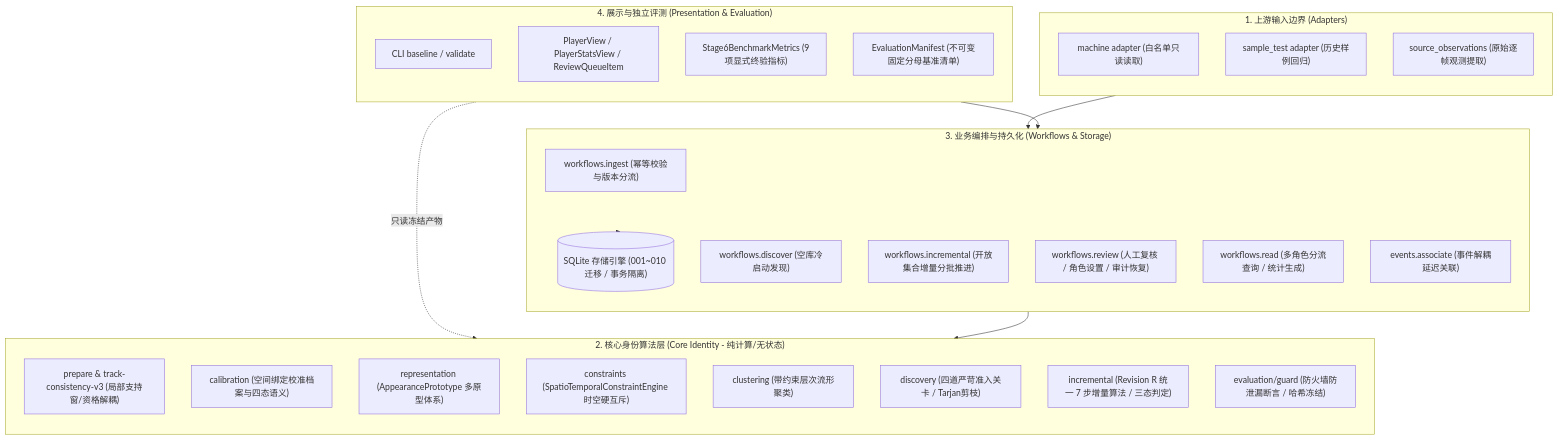
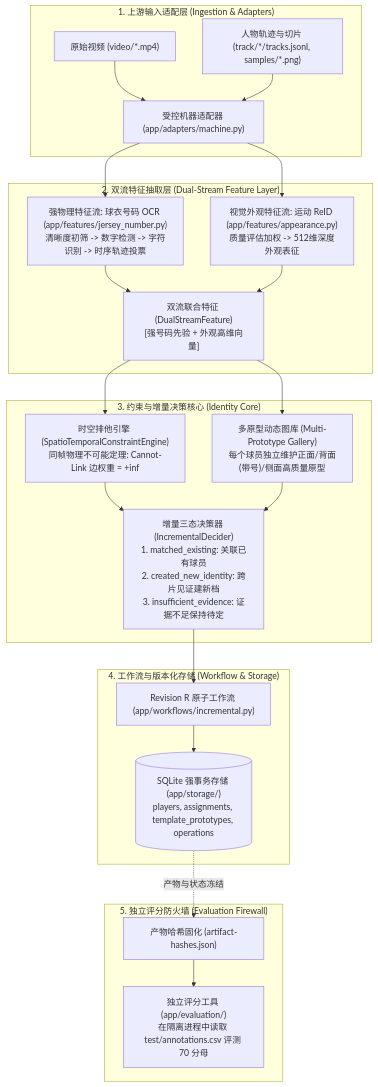
One commit to zi8675793-tech/player-library changed the diagram in docs/architecture.md. Above: the diagram before and after it, drawn with Mermaid. The commit also changed other lines of this file and 17 other files, not shown here.

Commit message:
docs: consolidate guides, add evaluation harness and data preparation

````diff
--- a/docs/architecture.md
+++ b/docs/architecture.md
@@ -29,46 +9,33 @@
 ```mermaid
 flowchart TD
-    subgraph Layer1["1. 上游输入边界 (Adapters)"]
-        direction TB
-        M_IN["machine adapter (白名单只读读取)"]
-        S_IN["sample_test adapter (历史样例回归)"]
-        SO["source_observations (原始逐帧观测提取)"]
+    subgraph L1["1. 上游输入适配层 (Ingestion & Adapters)"]
+        V_IN["原始视频 (video/*.mp4)"] 
+        T_IN["人物轨迹与切片 (track/*/tracks.jsonl, samples/*.png)"]
+        ADAPT["受控机器适配器 (app/adapters/machine.py)"]
+        V_IN --> ADAPT
+        T_IN --> ADAPT
     end
 
-    subgraph Layer2["2. 核心身份算法层 (Core Identity - 纯计算/无状态)"]
-        direction TB
-        PREP["prepare & track-consistency-v3 (局部支持窗/资格解耦)"]
-        CALIB["calibration (空间绑定校准档案与四态语义)"]
-        PROTO["representation (AppearancePrototype 多原型体系)"]
-        STCE["constraints (SpatioTemporalConstraintEngine 时空硬互斥)"]
-        CLUST["clustering (带约束层次流形聚类)"]
-        DISC["discovery (四道严苛准入关卡 / Tarjan剪枝)"]
-        INCR_ALG["incremental (Revision R 统一 7 步增量算法 / 三态判定)"]
-        GUARD["evaluation/guard (防火墙防泄漏断言 / 哈希冻结)"]
+    subgraph L2["2. 双流特征抽取层 (Dual-Stream Feature Layer)"]
+        ADAPT --> F_OCR["强物理特征流: 球衣号码 OCR (app/features/jersey_number.py)<br>清晰度初筛 -> 数字检测 -> 字符识别 -> 时序轨迹投票"]
+        ADAPT --> F_APP["视觉外观特征流: 运动 ReID (app/features/appearance.py)<br>质量评估加权 -> 512维深度外观表征"]
+        F_OCR & F_APP --> DUAL_FEAT["双流联合特征 (DualStreamFeature)<br>[强号码先验 + 外观高维向量]"]
     end
 
-    subgraph Layer3["3. 业务编排与持久化 (Workflows & Storage)"]
-        direction TB
-        WF_INGEST["workflows.ingest (幂等校验与版本分流)"]
-        WF_DISC["workflows.discover (空库冷启动发现)"]
-        WF_INCR["workflows.incremental (开放集合增量分批推进)"]
-        WF_REV["workflows.review (人工复核 / 角色设置 / 审计恢复)"]
-        WF_READ["workflows.read (多角色分流查询 / 统计生成)"]
-        SQLITE[("SQLite 存储引擎 (001~010 迁移 / 事务隔离)")]
-        EV_ASSOC["events.associate (事件解耦延迟关联)"]
+    subgraph L3["3. 约束与增量决策核心 (Identity Core)"]
+        DUAL_FEAT --> STCE["时空排他引擎 (SpatioTemporalConstraintEngine)<br>同帧物理不可能定理: Cannot-Link 边权重 = +inf"]
+        DUAL_FEAT --> PROTO["多原型动态图库 (Multi-Prototype Gallery)<br>每个球员独立维护正面/背面(带号)/侧面高质量原型"]
+        
+        STCE & PROTO --> DECIDER["增量三态决策器 (IncrementalDecider)<br>1. matched_existing: 关联已有球员<br>2. created_new_identity: 跨片见证建新档<br>3. insufficient_evidence: 证据不足保持待定"]
     end
 
-    subgraph Layer4["4. 展示与独立评测 (Presentation & Evaluation)"]
-        direction TB
-        CLI["CLI baseline / validate"]
-        VIEWS["PlayerView / PlayerStatsView / ReviewQueueItem"]
-        BENCH["Stage6BenchmarkMetrics (9项显式终验指标)"]
-        MANIFEST["EvaluationManifest (不可变固定分母基准清单)"]
+    subgraph L4["4. 工作流与版本化存储 (Workflow & Storage)"]
+        DECIDER --> WORKFLOW["Revision R 原子工作流 (app/workflows/incremental.py)"]
+        WORKFLOW --> DB[("SQLite 强事务存储 (app/storage/)<br>players, assignments, template_prototypes, operations")]
     end
 
-    Layer1 --> Layer3
-    Layer3 --> Layer2
-    Layer3 --> SQLITE
-    Layer4 --> Layer3
-    Layer4 -.->|"只读冻结产物"| GUARD
+    subgraph L5["5. 独立评分防火墙 (Evaluation Firewall)"]
+        DB -.->|"产物与状态冻结"| FREEZE["产物哈希固化 (artifact-hashes.json)"]
+        FREEZE --> HARNESS["独立评分工具 (app/evaluation/)<br>在隔离进程中读取 test/annotations.csv 评测 70 分母"]
+    end
 ```
````
